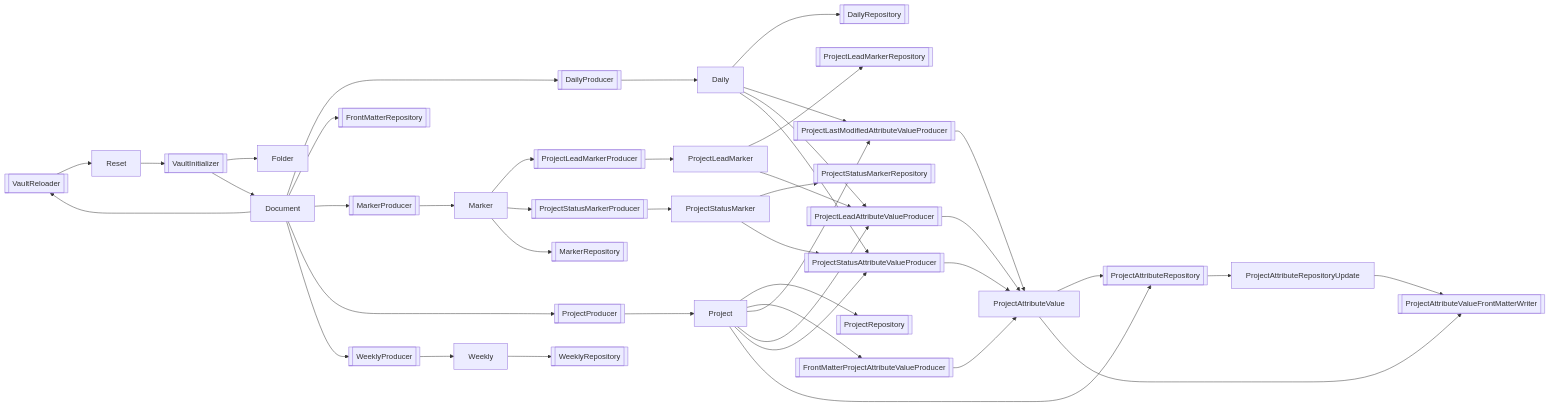
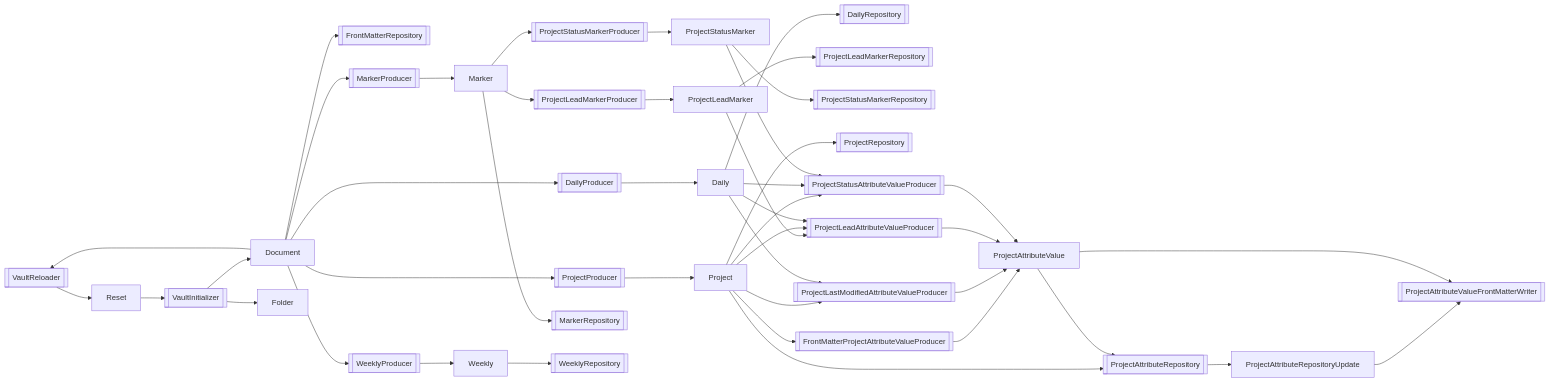
The second of 2 diagrams in vault/Systems/Markdown Curator.md (voostindie/markdown-curator-demo), drawn with Mermaid before and after one commit. The commit also changed other lines of this file, not shown here.

````diff
--- a/vault/Systems/Markdown Curator.md
+++ b/vault/Systems/Markdown Curator.md
@@ -86,66 +86,66 @@
 ```mermaid
 graph LR
     VaultReloader --> Reset
     Document --> VaultReloader
     VaultReloader@{ shape: subproc }
+    VaultInitializer --> Document
     VaultInitializer --> Folder
-    VaultInitializer --> Document
     Reset --> VaultInitializer
     VaultInitializer@{ shape: subproc }
     DailyProducer --> Daily
     Document --> DailyProducer
     DailyProducer@{ shape: subproc }
     Daily --> DailyRepository
     DailyRepository@{ shape: subproc }
     Document --> FrontMatterRepository
     FrontMatterRepository@{ shape: subproc }
     MarkerProducer --> Marker
     Document --> MarkerProducer
     MarkerProducer@{ shape: subproc }
     ProjectLeadMarkerProducer --> ProjectLeadMarker
     Marker --> ProjectLeadMarkerProducer
     ProjectLeadMarkerProducer@{ shape: subproc }
     ProjectLeadMarker --> ProjectLeadMarkerRepository
     ProjectLeadMarkerRepository@{ shape: subproc }
     ProjectProducer --> Project
     Document --> ProjectProducer
     ProjectProducer@{ shape: subproc }
     ProjectStatusMarkerProducer --> ProjectStatusMarker
     Marker --> ProjectStatusMarkerProducer
     ProjectStatusMarkerProducer@{ shape: subproc }
     ProjectStatusMarker --> ProjectStatusMarkerRepository
     ProjectStatusMarkerRepository@{ shape: subproc }
     WeeklyProducer --> Weekly
     Document --> WeeklyProducer
     WeeklyProducer@{ shape: subproc }
     Marker --> MarkerRepository
     MarkerRepository@{ shape: subproc }
     Project --> ProjectRepository
     ProjectRepository@{ shape: subproc }
     Weekly --> WeeklyRepository
     WeeklyRepository@{ shape: subproc }
     FrontMatterProjectAttributeValueProducer --> ProjectAttributeValue
     Project --> FrontMatterProjectAttributeValueProducer
     FrontMatterProjectAttributeValueProducer@{ shape: subproc }
     ProjectLastModifiedAttributeValueProducer --> ProjectAttributeValue
+    Project --> ProjectLastModifiedAttributeValueProducer
     Daily --> ProjectLastModifiedAttributeValueProducer
-    Project --> ProjectLastModifiedAttributeValueProducer
     ProjectLastModifiedAttributeValueProducer@{ shape: subproc }
     ProjectLeadAttributeValueProducer --> ProjectAttributeValue
     ProjectLeadMarker --> ProjectLeadAttributeValueProducer
+    Project --> ProjectLeadAttributeValueProducer
     Daily --> ProjectLeadAttributeValueProducer
-    Project --> ProjectLeadAttributeValueProducer
     ProjectLeadAttributeValueProducer@{ shape: subproc }
     ProjectStatusAttributeValueProducer --> ProjectAttributeValue
+    Project --> ProjectStatusAttributeValueProducer
     Daily --> ProjectStatusAttributeValueProducer
-    Project --> ProjectStatusAttributeValueProducer
     ProjectStatusMarker --> ProjectStatusAttributeValueProducer
     ProjectStatusAttributeValueProducer@{ shape: subproc }
     ProjectAttributeRepository --> ProjectAttributeRepositoryUpdate
+    Project --> ProjectAttributeRepository
     ProjectAttributeValue --> ProjectAttributeRepository
-    Project --> ProjectAttributeRepository
     ProjectAttributeRepository@{ shape: subproc }
+    ProjectAttributeRepositoryUpdate --> ProjectAttributeValueFrontMatterWriter
     ProjectAttributeValue --> ProjectAttributeValueFrontMatterWriter
-    ProjectAttributeRepositoryUpdate --> ProjectAttributeValueFrontMatterWriter
     ProjectAttributeValueFrontMatterWriter@{ shape: subproc }
 ```
````
